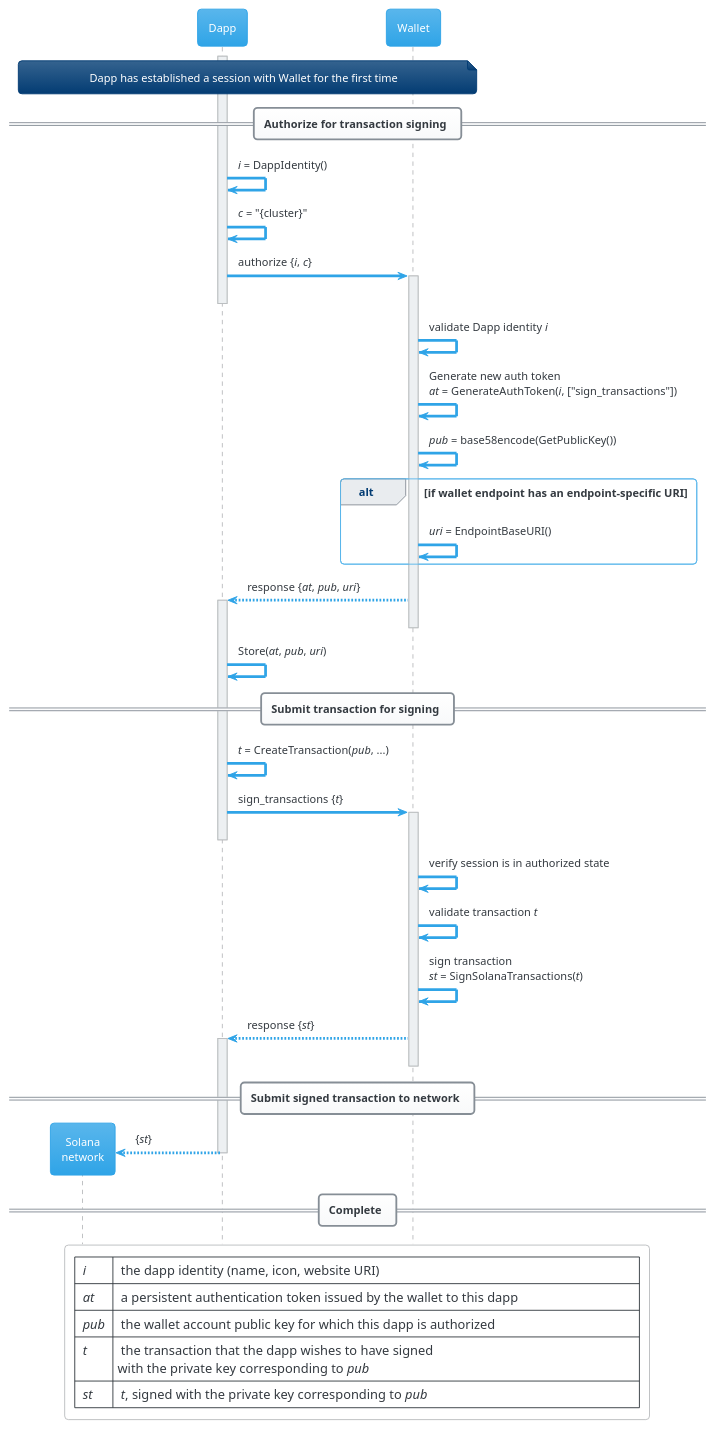
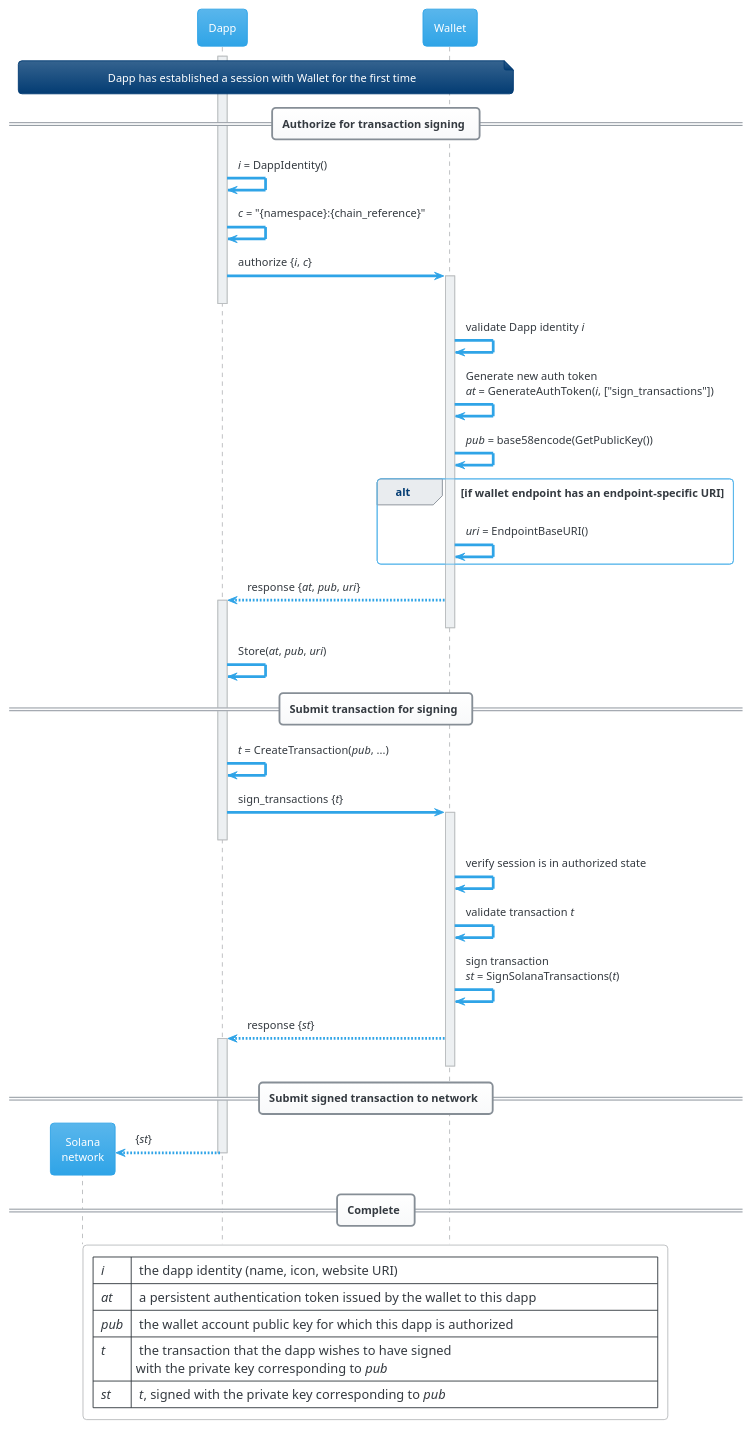
The diagram in spec/_diagrams/authorize_and_sign.plantuml (solana-mobile/mobile-wallet-adapter), drawn with PlantUML before and after one commit. The commit also changed 2 other files, not shown here.

Commit message:
chain ids

```diff
--- a/spec/_diagrams/authorize_and_sign.plantuml
+++ b/spec/_diagrams/authorize_and_sign.plantuml
@@ -1,54 +1,54 @@
 @startuml
 
 !theme cerulean
 skinparam backgroundColor #FFFFFF
 
 hide footbox
 
 participant Solana as "Solana\nnetwork"
 participant Dapp
 participant Wallet
 
 note across : Dapp has established a session with Wallet for the first time
 
 activate Dapp
 
 == Authorize for transaction signing ==
 
 Dapp -> Dapp : <i>i</i> = DappIdentity()
-Dapp -> Dapp : <i>c</i> = "{cluster}"
+Dapp -> Dapp : <i>c</i> = "{namespace}:{chain_reference}"
 Dapp -> Wallet ++-- : authorize {<i>i</i>, <i>c</i>}
 Wallet -> Wallet : validate Dapp identity <i>i</i>
 Wallet -> Wallet : Generate new auth token\n<i>at</i> = GenerateAuthToken(<i>i</i>, ["sign_transactions"])
 Wallet -> Wallet : <i>pub</i> = base58encode(GetPublicKey())
 alt if wallet endpoint has an endpoint-specific URI
     Wallet -> Wallet : <i>uri</i> = EndpointBaseURI() 
 end
 Wallet --> Dapp ++-- : response {<i>at</i>, <i>pub</i>, <i>uri</i>}
 Dapp -> Dapp : Store(<i>at</i>, <i>pub</i>, <i>uri</i>)
 
 == Submit transaction for signing ==
 
 Dapp -> Dapp : <i>t</i> = CreateTransaction(<i>pub</i>, ...)
 Dapp -> Wallet ++-- : sign_transactions {<i>t</i>}
 Wallet -> Wallet : verify session is in authorized state
 Wallet -> Wallet : validate transaction <i>t</i>
 Wallet -> Wallet : sign transaction\n<i>st</i> = SignSolanaTransactions(<i>t</i>)
 Wallet --> Dapp ++-- : response {<i>st</i>}
 
 == Submit signed transaction to network ==
 
 create Solana
 Dapp --> Solana -- : {<i>st</i>}
 
 == Complete ==
 
 legend
 | <i>i</i>   | the dapp identity (name, icon, website URI)                                                           |
 | <i>at</i>  | a persistent authentication token issued by the wallet to this dapp                                   |
 | <i>pub</i> | the wallet account public key for which this dapp is authorized                                       |
 | <i>t</i>   | the transaction that the dapp wishes to have signed\nwith the private key corresponding to <i>pub</i> |
 | <i>st</i>  | <i>t</i>, signed with the private key corresponding to <i>pub</i>                                     |
 end legend
 
 @enduml
```
